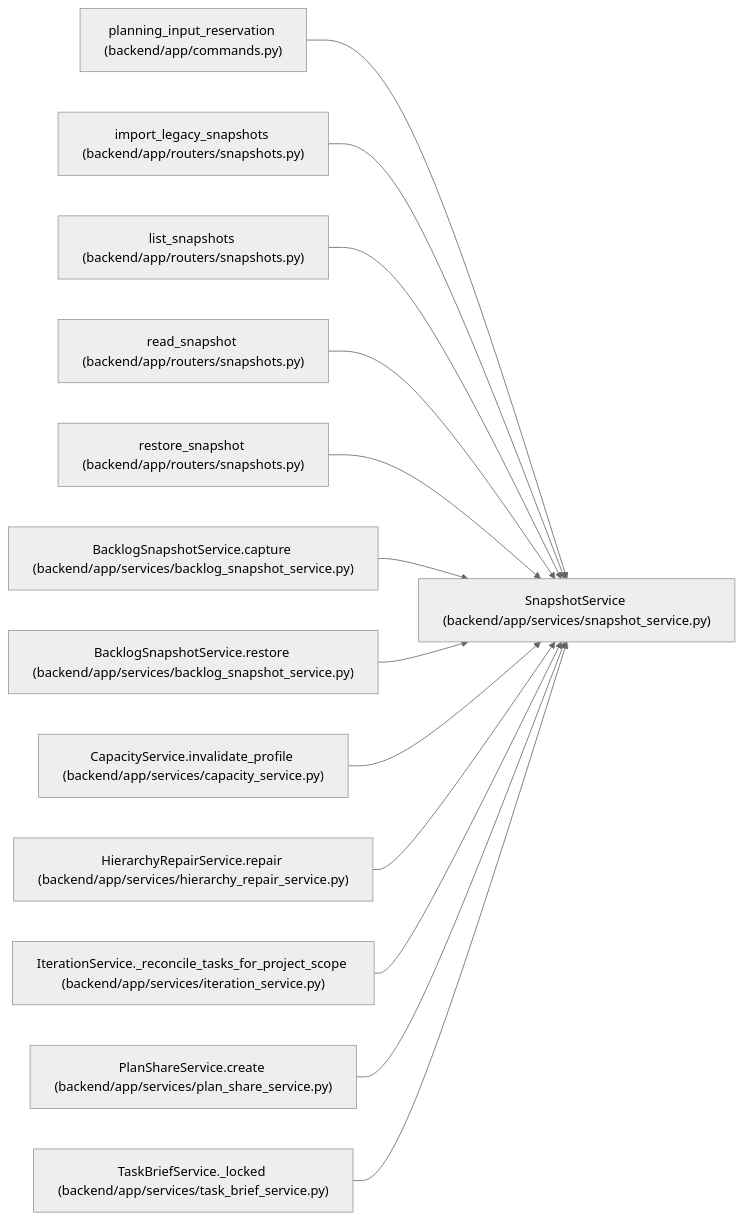
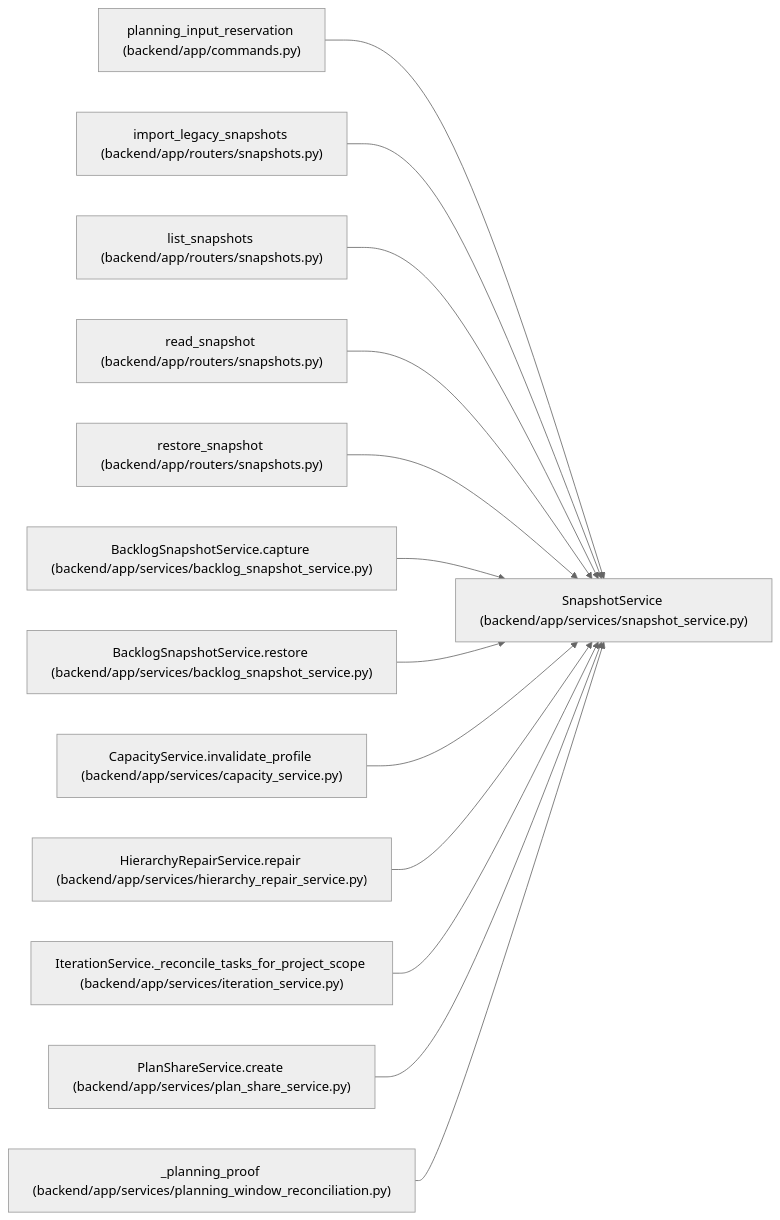
The diagram in docs/llm_wiki/entities/SnapshotService.md (Denissvgn/WorkChord), drawn with Mermaid (neutral theme) before and after one commit. The commit also changed other lines of this file and 868 other files, not shown here.

Commit message:
Document authenticated planning-window recovery and retained worker evidence

````diff
--- a/docs/llm_wiki/entities/SnapshotService.md
+++ b/docs/llm_wiki/entities/SnapshotService.md
@@ -48,41 +48,41 @@
 ```mermaid
 flowchart LR
     n0["SnapshotService (backend/app/services/snapshot_service.py)"]
     n1["planning_input_reservation (backend/app/commands.py)"]
     n2["import_legacy_snapshots (backend/app/routers/snapshots.py)"]
     n3["list_snapshots (backend/app/routers/snapshots.py)"]
     n4["read_snapshot (backend/app/routers/snapshots.py)"]
     n5["restore_snapshot (backend/app/routers/snapshots.py)"]
     n6["BacklogSnapshotService.capture (backend/app/services/backlog_snapshot_service.py)"]
     n7["BacklogSnapshotService.restore (backend/app/services/backlog_snapshot_service.py)"]
     n8["CapacityService.invalidate_profile (backend/app/services/capacity_service.py)"]
     n9["HierarchyRepairService.repair (backend/app/services/hierarchy_repair_service.py)"]
     n10["IterationService._reconcile_tasks_for_project_scope (backend/app/services/iteration_service.py)"]
     n11["PlanShareService.create (backend/app/services/plan_share_service.py)"]
-    n12["TaskBriefService._locked (backend/app/services/task_brief_service.py)"]
+    n12["_planning_proof (backend/app/services/planning_window_reconciliation.py)"]
     n1 --> n0
     n2 --> n0
     n3 --> n0
     n4 --> n0
     n5 --> n0
     n6 --> n0
     n7 --> n0
     n8 --> n0
     n9 --> n0
     n10 --> n0
     n11 --> n0
     n12 --> n0
     click n0 "../modules/snapshot_service.md"
     click n1 "../modules/commands.md"
     click n2 "../modules/snapshots.md"
     click n3 "../modules/snapshots.md"
     click n4 "../modules/snapshots.md"
     click n5 "../modules/snapshots.md"
     click n6 "../modules/backlog_snapshot_service.md"
     click n7 "../modules/backlog_snapshot_service.md"
     click n8 "../modules/capacity_service.md"
     click n9 "../modules/hierarchy_repair_service.md"
     click n10 "../modules/iteration_service.md"
     click n11 "../modules/plan_share_service.md"
-    click n12 "../modules/task_brief_service.md"
+    click n12 "../modules/planning_window_reconciliation.md"
 ```
````
